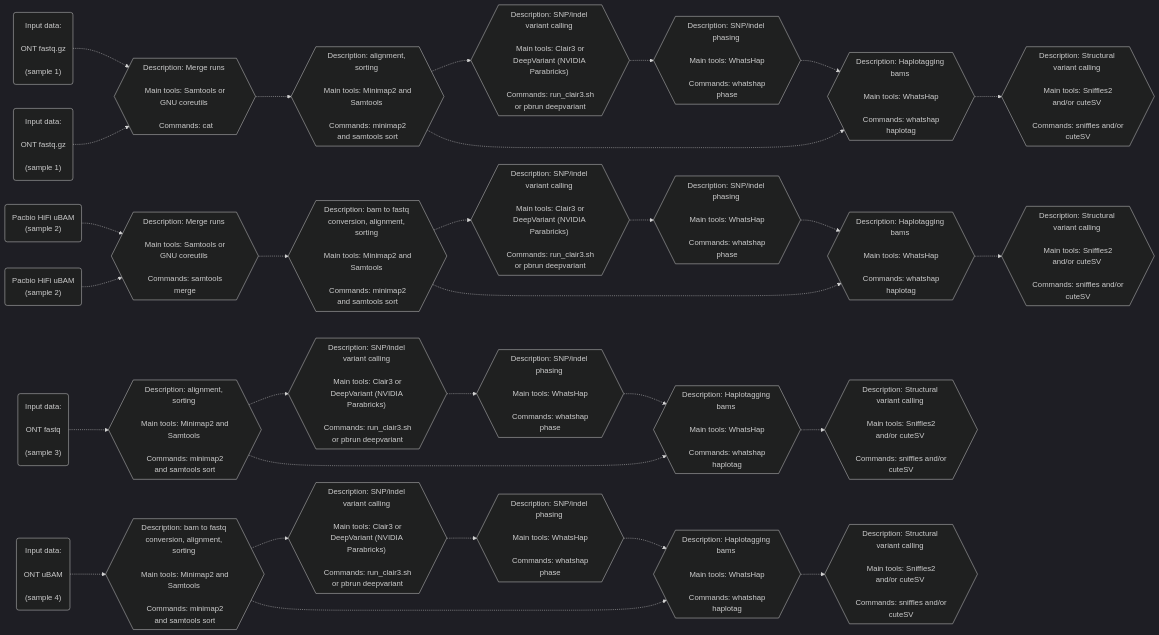
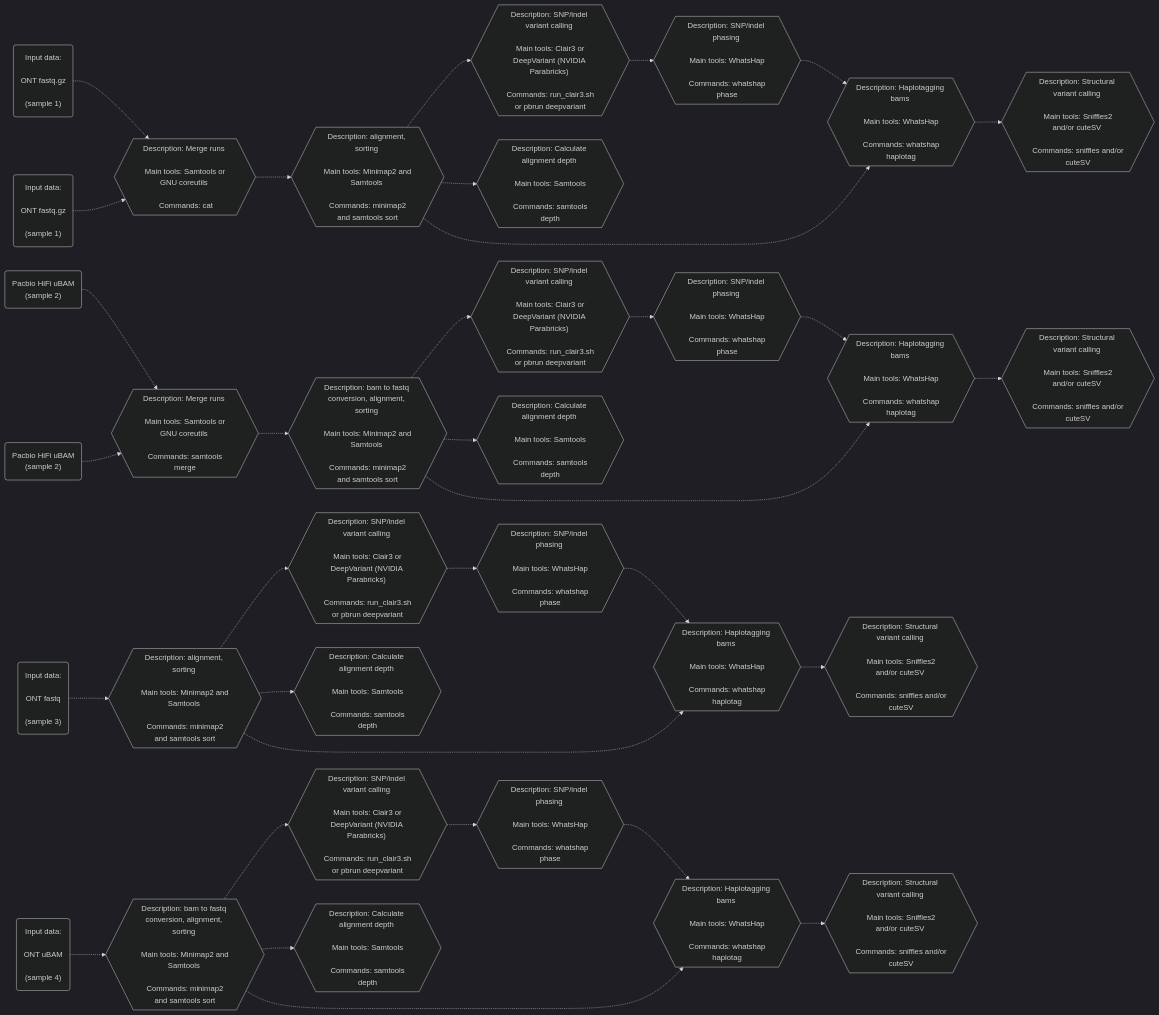
The second of 2 diagrams in README.md (leahkemp/pipeface), drawn with Mermaid before and after one commit. The commit also changed 1 other file, not shown here.

Commit message:
add process that caluculates alignment depth

````diff
--- a/README.md
+++ b/README.md
@@ -35,53 +37,63 @@
 ```mermaid
 %%{init: {'theme':'dark'}}%%
 flowchart LR
 
 ont_data_f1("Input data: \n\n ONT fastq.gz \n\n (sample 1)")
 ont_data_f2("Input data: \n\n ONT fastq.gz \n\n (sample 1)")
 pacbio_data_f3("Pacbio HiFi uBAM \n (sample 2)")
 pacbio_data_f4("Pacbio HiFi uBAM \n (sample 2)")
 ont_data_f5("Input data: \n\n ONT fastq \n\n (sample 3)")
 ont_data_f6("Input data: \n\n ONT uBAM \n\n (sample 4)")
 
 merging_m1{{"Description: Merge runs \n\n Main tools: Samtools or GNU coreutils \n\n Commands: cat"}}
 merging_m2{{"Description: Merge runs \n\n Main tools: Samtools or GNU coreutils \n\n Commands: samtools merge"}}
 
 alignment_s1{{"Description: alignment, sorting \n\n Main tools: Minimap2 and Samtools \n\n Commands: minimap2 and samtools sort"}}
 alignment_s2{{"Description: alignment, sorting \n\n Main tools: Minimap2 and Samtools \n\n Commands: minimap2 and samtools sort"}}
 alignment_s3{{"Description: bam to fastq conversion, alignment, sorting \n\n Main tools: Minimap2 and Samtools \n\n Commands: minimap2 and samtools sort"}}
 alignment_s4{{"Description: bam to fastq conversion, alignment, sorting \n\n Main tools: Minimap2 and Samtools \n\n Commands: minimap2 and samtools sort"}}
+
+depth_s1{{"Description: Calculate alignment depth \n\n Main tools: Samtools \n\n Commands: samtools depth"}}
+depth_s2{{"Description: Calculate alignment depth \n\n Main tools: Samtools \n\n Commands: samtools depth"}}
+depth_s3{{"Description: Calculate alignment depth \n\n Main tools: Samtools \n\n Commands: samtools depth"}}
+depth_s4{{"Description: Calculate alignment depth \n\n Main tools: Samtools \n\n Commands: samtools depth"}}
 
 snp_indel_calling_s1{{"Description: SNP/indel variant calling \n\n Main tools: Clair3 or DeepVariant (NVIDIA Parabricks) \n\n Commands: run_clair3.sh or pbrun deepvariant"}}
 snp_indel_calling_s2{{"Description: SNP/indel variant calling \n\n Main tools: Clair3 or DeepVariant (NVIDIA Parabricks) \n\n Commands: run_clair3.sh or pbrun deepvariant"}}
 snp_indel_calling_s3{{"Description: SNP/indel variant calling \n\n Main tools: Clair3 or DeepVariant (NVIDIA Parabricks) \n\n Commands: run_clair3.sh or pbrun deepvariant"}}
 snp_indel_calling_s4{{"Description: SNP/indel variant calling \n\n Main tools: Clair3 or DeepVariant (NVIDIA Parabricks) \n\n Commands: run_clair3.sh or pbrun deepvariant"}}
 
 snp_indel_phasing_s1{{"Description: SNP/indel phasing \n\n Main tools: WhatsHap \n\n Commands: whatshap phase"}}
 snp_indel_phasing_s2{{"Description: SNP/indel phasing \n\n Main tools: WhatsHap \n\n Commands: whatshap phase"}}
 snp_indel_phasing_s3{{"Description: SNP/indel phasing \n\n Main tools: WhatsHap \n\n Commands: whatshap phase"}}
 snp_indel_phasing_s4{{"Description: SNP/indel phasing \n\n Main tools: WhatsHap \n\n Commands: whatshap phase"}}
 
 haplotagging_s1{{"Description: Haplotagging bams \n\n Main tools: WhatsHap \n\n Commands: whatshap haplotag"}}
 haplotagging_s2{{"Description: Haplotagging bams \n\n Main tools: WhatsHap \n\n Commands: whatshap haplotag"}}
 haplotagging_s3{{"Description: Haplotagging bams \n\n Main tools: WhatsHap \n\n Commands: whatshap haplotag"}}
 haplotagging_s4{{"Description: Haplotagging bams \n\n Main tools: WhatsHap \n\n Commands: whatshap haplotag"}}
 
 sv_calling_s1{{"Description: Structural variant calling \n\n Main tools: Sniffles2 and/or cuteSV \n\n Commands: sniffles and/or cuteSV"}}
 sv_calling_s2{{"Description: Structural variant calling \n\n Main tools: Sniffles2 and/or cuteSV \n\n Commands: sniffles and/or cuteSV"}}
 sv_calling_s3{{"Description: Structural variant calling \n\n Main tools: Sniffles2 and/or cuteSV \n\n Commands: sniffles and/or cuteSV"}}
 sv_calling_s4{{"Description: Structural variant calling \n\n Main tools: Sniffles2 and/or cuteSV \n\n Commands: sniffles and/or cuteSV"}}
 
 ont_data_f1-.->merging_m1-.->alignment_s1-.->snp_indel_calling_s1-.->snp_indel_phasing_s1-.->haplotagging_s1-.->sv_calling_s1
 ont_data_f2-.->merging_m1
 ont_data_f5-.->alignment_s2-.->snp_indel_calling_s2-.->snp_indel_phasing_s2-.->haplotagging_s2-.->sv_calling_s2
 ont_data_f6-.->alignment_s3-.->snp_indel_calling_s3-.->snp_indel_phasing_s3-.->haplotagging_s3-.->sv_calling_s3
 
 pacbio_data_f3-.->merging_m2-.->alignment_s4-.->snp_indel_calling_s4-.->snp_indel_phasing_s4-.->haplotagging_s4-.->sv_calling_s4
 pacbio_data_f4-.->merging_m2
 
+alignment_s1-.->depth_s1
+alignment_s2-.->depth_s2
+alignment_s3-.->depth_s3
+alignment_s4-.->depth_s4
+
 alignment_s1-.->haplotagging_s1
 alignment_s2-.->haplotagging_s2
 alignment_s3-.->haplotagging_s3
 alignment_s4-.->haplotagging_s4
 
 ```
````
